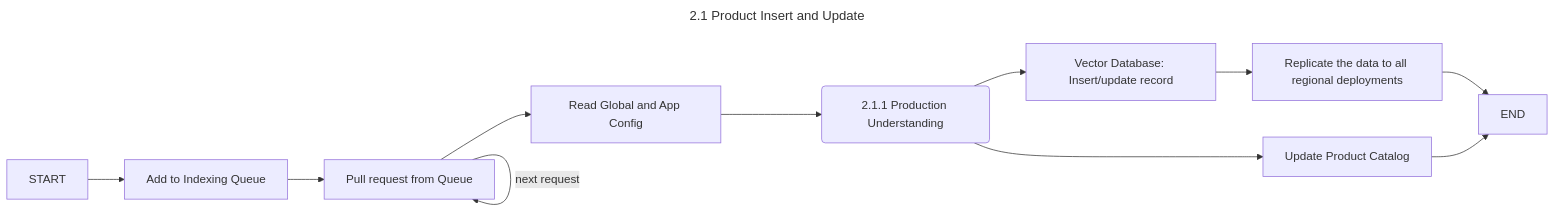
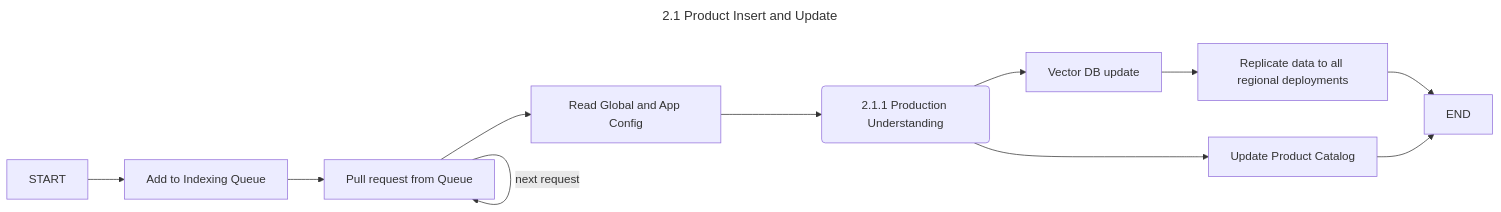
Before and after one commit to zchangvs/diagram: the diagram in 2_1_Product_insert_update.md, drawn with Mermaid.

````diff
--- a/2_1_Product_insert_update.md
+++ b/2_1_Product_insert_update.md
@@ -1,16 +1,16 @@
 ```mermaid
 ---
 title: 2.1 Product Insert and Update
 ---
 flowchart LR
     ST[START] --> IQ[Add to Indexing Queue]
     IQ --> PQ[Pull request from Queue]
     PQ -- next request --> PQ
     PQ --> RC[Read Global and App Config]
     RC --> PU(2.1.1 Production Understanding)
     PU --> CU[Update Product Catalog]
-    PU --> VD[Vector Database: Insert/update record]
-    VD --> REP[Replicate the data to all regional deployments]
+    PU --> VD[Vector DB update]
+    VD --> REP[Replicate data to all regional deployments]
     REP --> ED[END]
     CU --> ED
 ```
````
